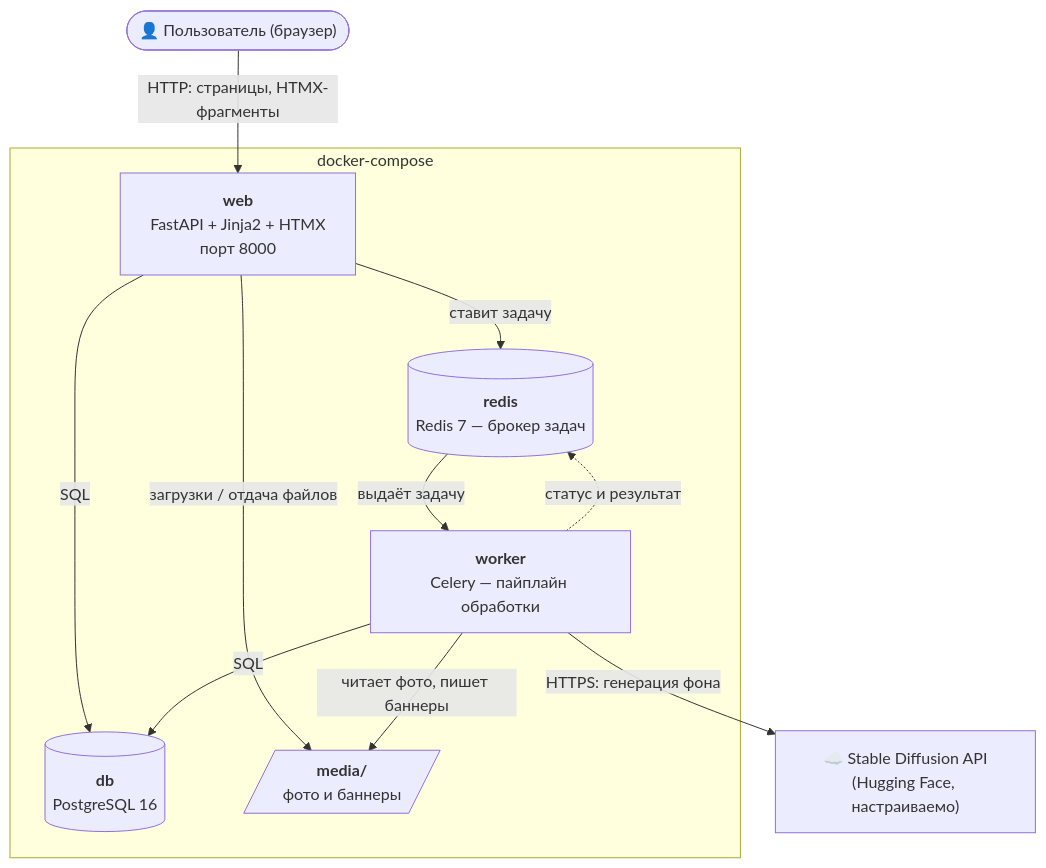
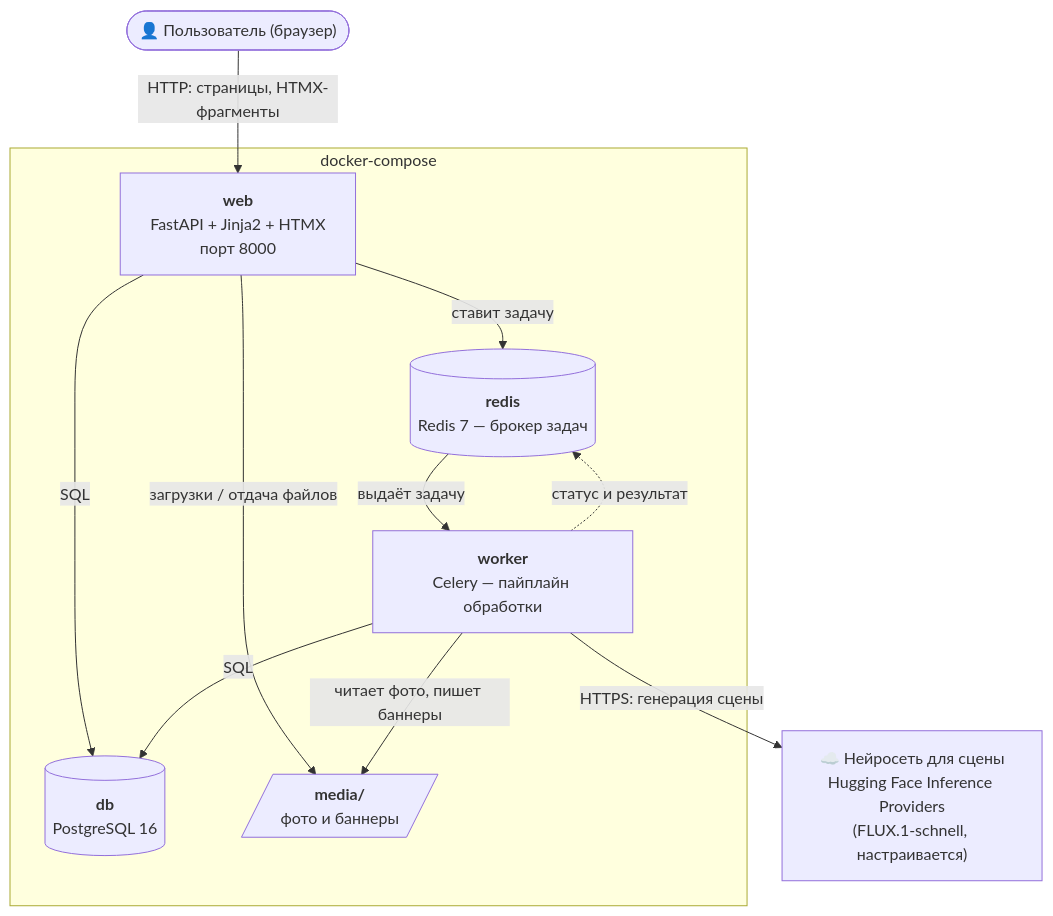
One commit to Aqudai/ADGen_AI1 changed the first of 4 diagrams in docs/ARCHITECTURE.md. Above: the diagram before and after it, drawn with Mermaid. The commit also changed other lines of this file and 29 other files, not shown here.

````diff
--- a/docs/ARCHITECTURE.md
+++ b/docs/ARCHITECTURE.md
@@ -18,24 +19,24 @@
 ```mermaid
 flowchart TB
     user(["👤 Пользователь (браузер)"])
 
     subgraph docker["docker-compose"]
         web["<b>web</b><br/>FastAPI + Jinja2 + HTMX<br/>порт 8000"]
         redis[("<b>redis</b><br/>Redis 7 — брокер задач")]
         worker["<b>worker</b><br/>Celery — пайплайн обработки"]
         db[("<b>db</b><br/>PostgreSQL 16")]
         media[/"<b>media/</b><br/>фото и баннеры"/]
     end
 
-    sd["☁️ Stable Diffusion API<br/>(Hugging Face, настраиваемо)"]
+    sd["☁️ Нейросеть для сцены<br/>Hugging Face Inference Providers<br/>(FLUX.1-schnell, настраивается)"]
 
     user -- "HTTP: страницы, HTMX-фрагменты" --> web
     web -- "ставит задачу" --> redis
     redis -- "выдаёт задачу" --> worker
     worker -. "статус и результат" .-> redis
     web -- "SQL" --> db
     worker -- "SQL" --> db
     web -- "загрузки / отдача файлов" --> media
     worker -- "читает фото, пишет баннеры" --> media
-    worker -- "HTTPS: генерация фона" --> sd
+    worker -- "HTTPS: генерация сцены" --> sd
 ```
````
